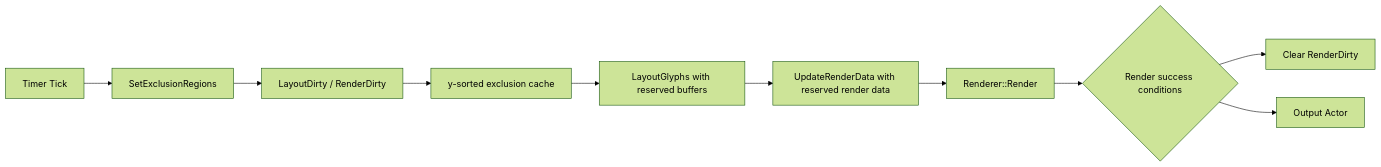
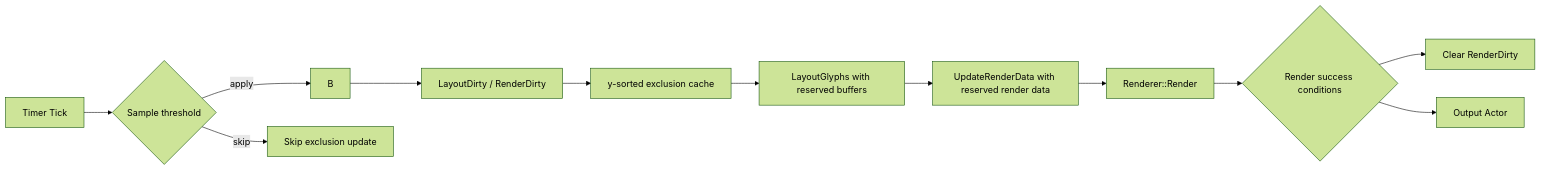
The diagram in docs/text-visualizer/15-current-optimization-status.ko.md (wonrst/dali-ui), drawn with Mermaid (forest theme) before and after one commit. The commit also changed other lines of this file and 2 other files, not shown here.

Commit message:
Add TextVisualizer performance sample exclusion update threshold

````diff
--- a/docs/text-visualizer/15-current-optimization-status.ko.md
+++ b/docs/text-visualizer/15-current-optimization-status.ko.md
@@ -310,12 +348,14 @@
 ```mermaid
 flowchart LR
-  A[Timer Tick] --> B[SetExclusionRegions]
+  A[Timer Tick] --> B0{Sample threshold}
+  B0 -->|apply| B
+  B0 -->|skip| S[Skip exclusion update]
   B --> C[LayoutDirty / RenderDirty]
   C --> D[y-sorted exclusion cache]
   D --> E[LayoutGlyphs with reserved buffers]
   E --> F[UpdateRenderData with reserved render data]
   F --> G[Renderer::Render]
   G --> H{Render success conditions}
   H --> I[Clear RenderDirty]
   H --> J[Output Actor]
 ```
````
